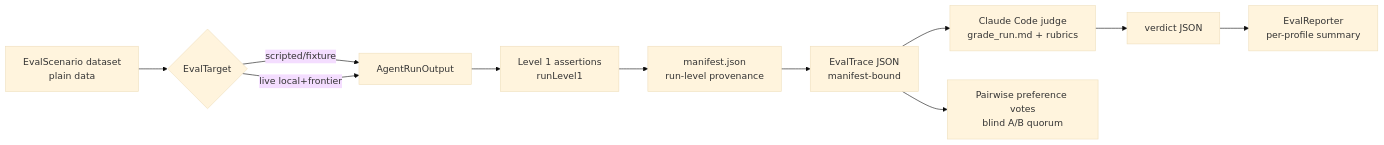
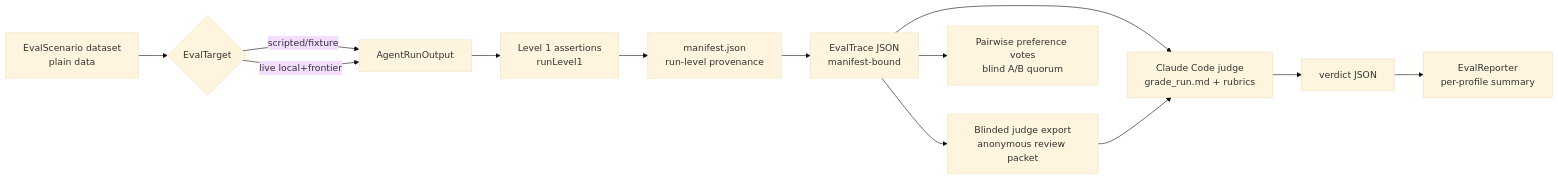
The diagram in eval/README.md (matthiasn/lotti), drawn with Mermaid (base theme) before and after one commit. The commit also changed other lines of this file and 10 other files, not shown here.

````diff
--- a/eval/README.md
+++ b/eval/README.md
@@ -37,13 +37,15 @@
 ```mermaid
 flowchart LR
   DS[EvalScenario dataset<br/>plain data] --> T{EvalTarget}
   T -->|scripted/fixture| O[AgentRunOutput]
   T -->|live local+frontier| O
   O --> L1[Level 1 assertions<br/>runLevel1]
   L1 --> M[manifest.json<br/>run-level provenance]
   M --> TR[EvalTrace JSON<br/>manifest-bound]
+  TR --> BLIND[Blinded judge export<br/>anonymous review packet]
   TR --> J[Claude Code judge<br/>grade_run.md + rubrics]
+  BLIND --> J
   J --> V[verdict JSON]
   V --> REP[EvalReporter<br/>per-profile summary]
   TR --> AB[Pairwise preference votes<br/>blind A/B quorum]
 ```
````
